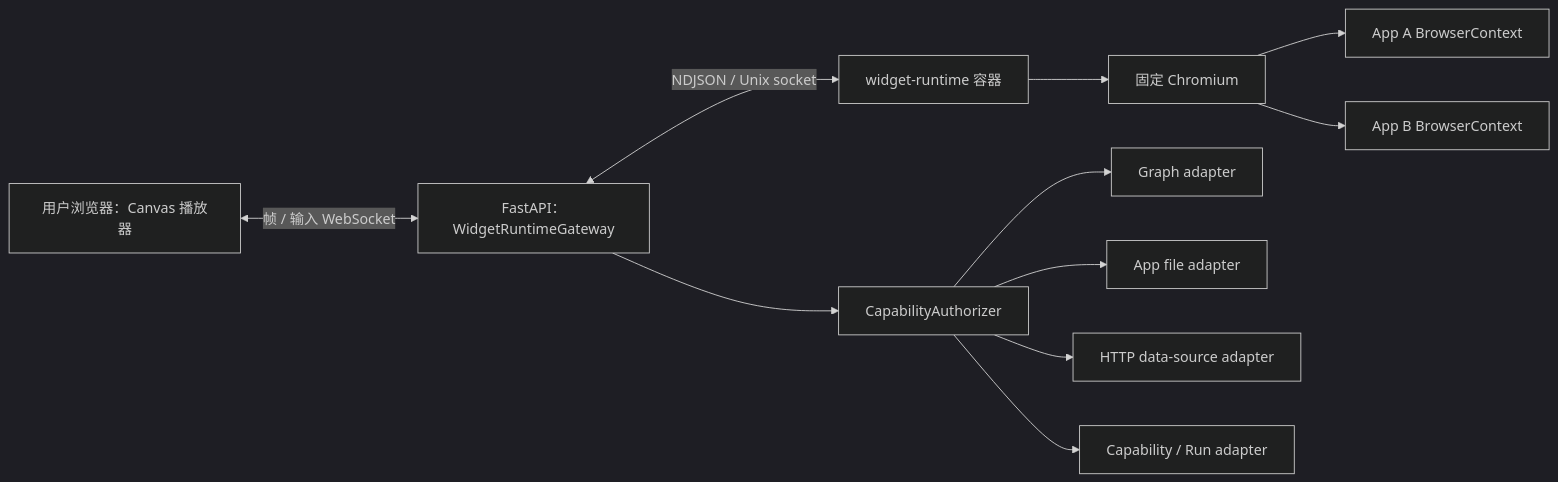
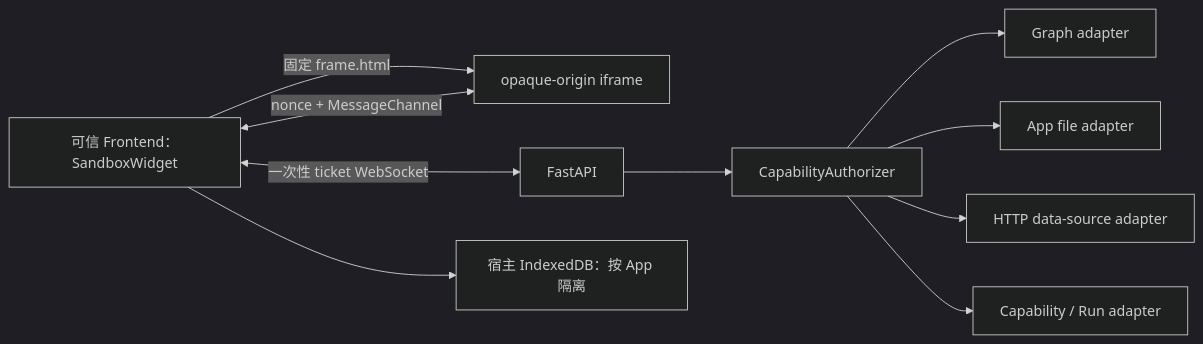
Before and after one commit to BillShiyaoZhang/ambient-agent: the diagram in docs/widgets/sandbox.md, drawn with Mermaid (dark theme). The commit also changed other lines of this file and 37 other files, not shown here.

````diff
--- a/docs/widgets/sandbox.md
+++ b/docs/widgets/sandbox.md
@@ -9,13 +9,12 @@
 ```mermaid
 flowchart LR
-    UI["用户浏览器：Canvas 播放器"] <-->|"帧 / 输入 WebSocket"| API["FastAPI：WidgetRuntimeGateway"]
-    API <-->|"NDJSON / Unix socket"| Runtime["widget-runtime 容器"]
-    Runtime --> Browser["固定 Chromium"]
-    Browser --> C1["App A BrowserContext"]
-    Browser --> C2["App B BrowserContext"]
+    Host["可信 Frontend：SandboxWidget"] -->|"固定 frame.html"| Frame["opaque-origin iframe"]
+    Host <-->|"nonce + MessageChannel"| Frame
+    Host <-->|"一次性 ticket WebSocket"| API["FastAPI"]
     API --> Auth["CapabilityAuthorizer"]
     Auth --> Graph["Graph adapter"]
     Auth --> Files["App file adapter"]
     Auth --> Net["HTTP data-source adapter"]
     Auth --> Caps["Capability / Run adapter"]
+    Host --> Storage["宿主 IndexedDB：按 App 隔离"]
 ```
````
